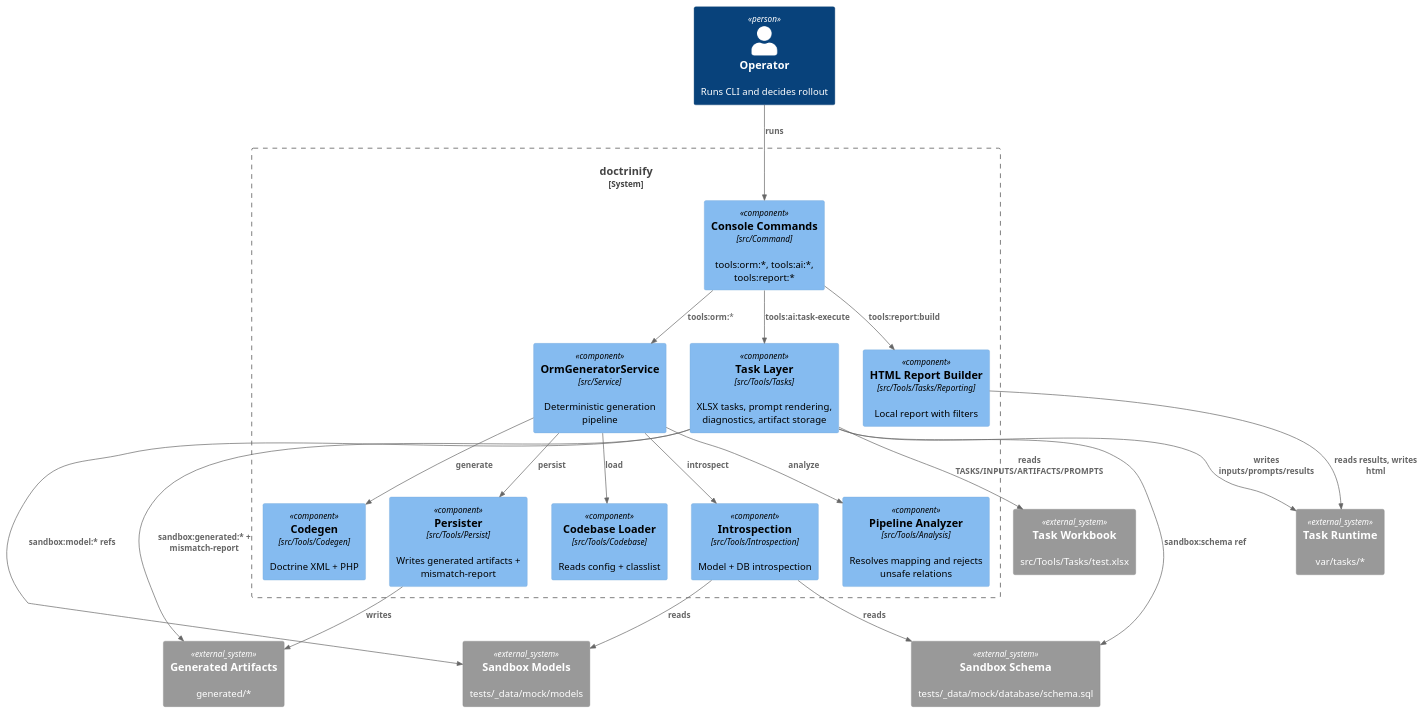
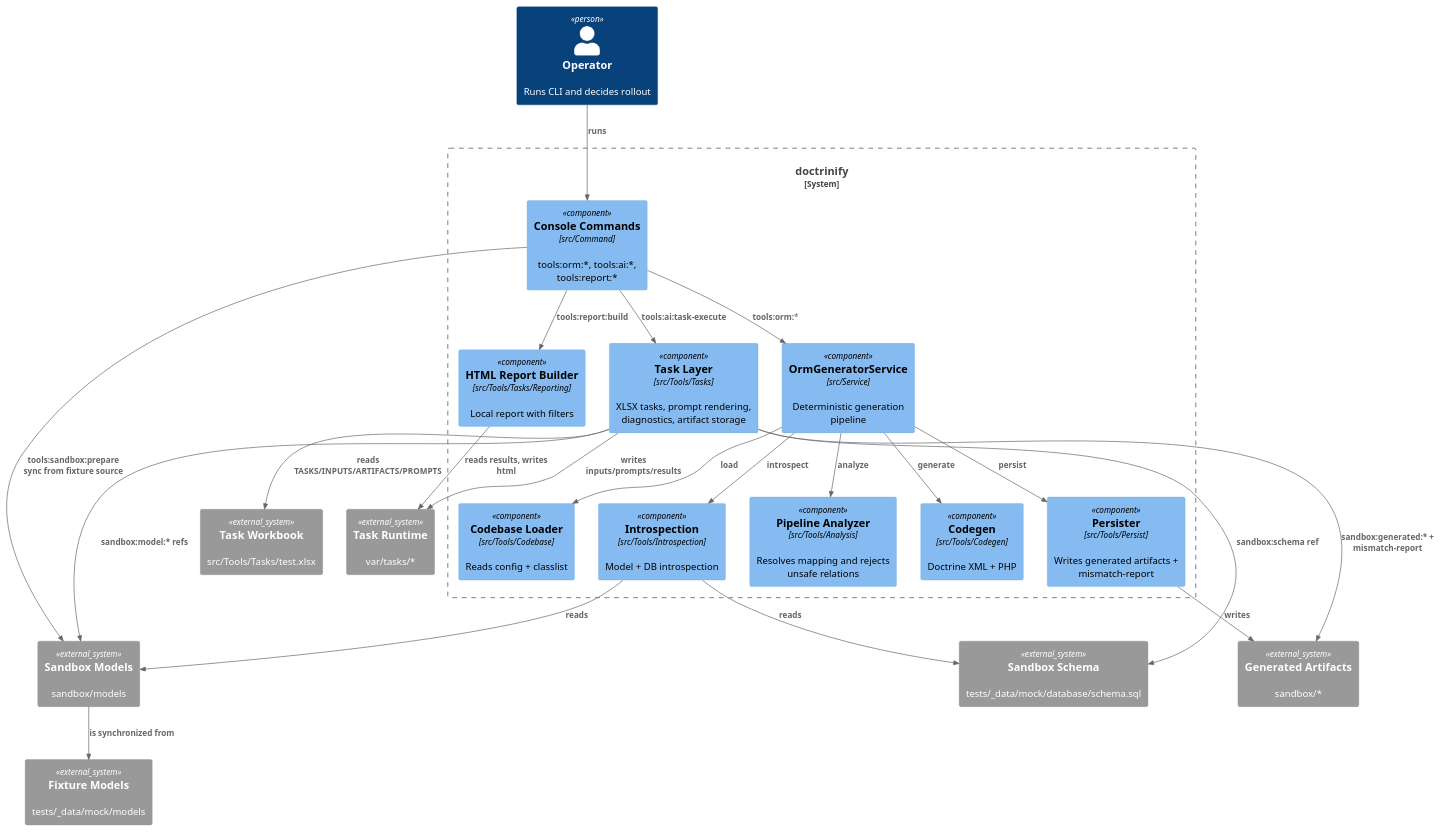
The diagram in docs/component.puml (proger4/doctrinify), drawn with PlantUML before and after one commit. The commit also changed 51 other files, not shown here.

```diff
--- a/docs/component.puml
+++ b/docs/component.puml
@@ -1,50 +1,53 @@
 @startuml
 !include <C4/C4_Component>
 !include <C4/C4_Context>
 
 Person(dev, "Operator", "Runs CLI and decides rollout")
 
 System_Boundary(tool, "doctrinify") {
     Component(cli, "Console Commands", "src/Command", "tools:orm:*, tools:ai:*, tools:report:*")
     Component(ormSvc, "OrmGeneratorService", "src/Service", "Deterministic generation pipeline")
 
     Component(codebase, "Codebase Loader", "src/Tools/Codebase", "Reads config + classlist")
     Component(intro, "Introspection", "src/Tools/Introspection", "Model + DB introspection")
     Component(analyze, "Pipeline Analyzer", "src/Tools/Analysis", "Resolves mapping and rejects unsafe relations")
     Component(codegen, "Codegen", "src/Tools/Codegen", "Doctrine XML + PHP")
     Component(persist, "Persister", "src/Tools/Persist", "Writes generated artifacts + mismatch-report")
 
     Component(tasks, "Task Layer", "src/Tools/Tasks", "XLSX tasks, prompt rendering, diagnostics, artifact storage")
     Component(report, "HTML Report Builder", "src/Tools/Tasks/Reporting", "Local report with filters")
 }
 
-System_Ext(models, "Sandbox Models", "tests/_data/mock/models")
+System_Ext(models, "Sandbox Models", "sandbox/models")
+System_Ext(fixtures, "Fixture Models", "tests/_data/mock/models")
 System_Ext(schema, "Sandbox Schema", "tests/_data/mock/database/schema.sql")
-System_Ext(genFs, "Generated Artifacts", "generated/*")
+System_Ext(genFs, "Generated Artifacts", "sandbox/*")
 System_Ext(taskBook, "Task Workbook", "src/Tools/Tasks/test.xlsx")
 System_Ext(taskFs, "Task Runtime", "var/tasks/*")
 
 Rel(dev, cli, "runs")
+Rel(cli, models, "tools:sandbox:prepare sync from fixture source")
+Rel(models, fixtures, "is synchronized from")
 
 Rel(cli, ormSvc, "tools:orm:*")
 Rel(ormSvc, codebase, "load")
 Rel(ormSvc, intro, "introspect")
 Rel(ormSvc, analyze, "analyze")
 Rel(ormSvc, codegen, "generate")
 Rel(ormSvc, persist, "persist")
 
 Rel(intro, models, "reads")
 Rel(intro, schema, "reads")
 Rel(persist, genFs, "writes")
 
 Rel(cli, tasks, "tools:ai:task-execute")
 Rel(tasks, taskBook, "reads TASKS/INPUTS/ARTIFACTS/PROMPTS")
 Rel(tasks, models, "sandbox:model:* refs")
 Rel(tasks, schema, "sandbox:schema ref")
 Rel(tasks, genFs, "sandbox:generated:* + mismatch-report")
 Rel(tasks, taskFs, "writes inputs/prompts/results")
 
 Rel(cli, report, "tools:report:build")
 Rel(report, taskFs, "reads results, writes html")
 
 @enduml
```
